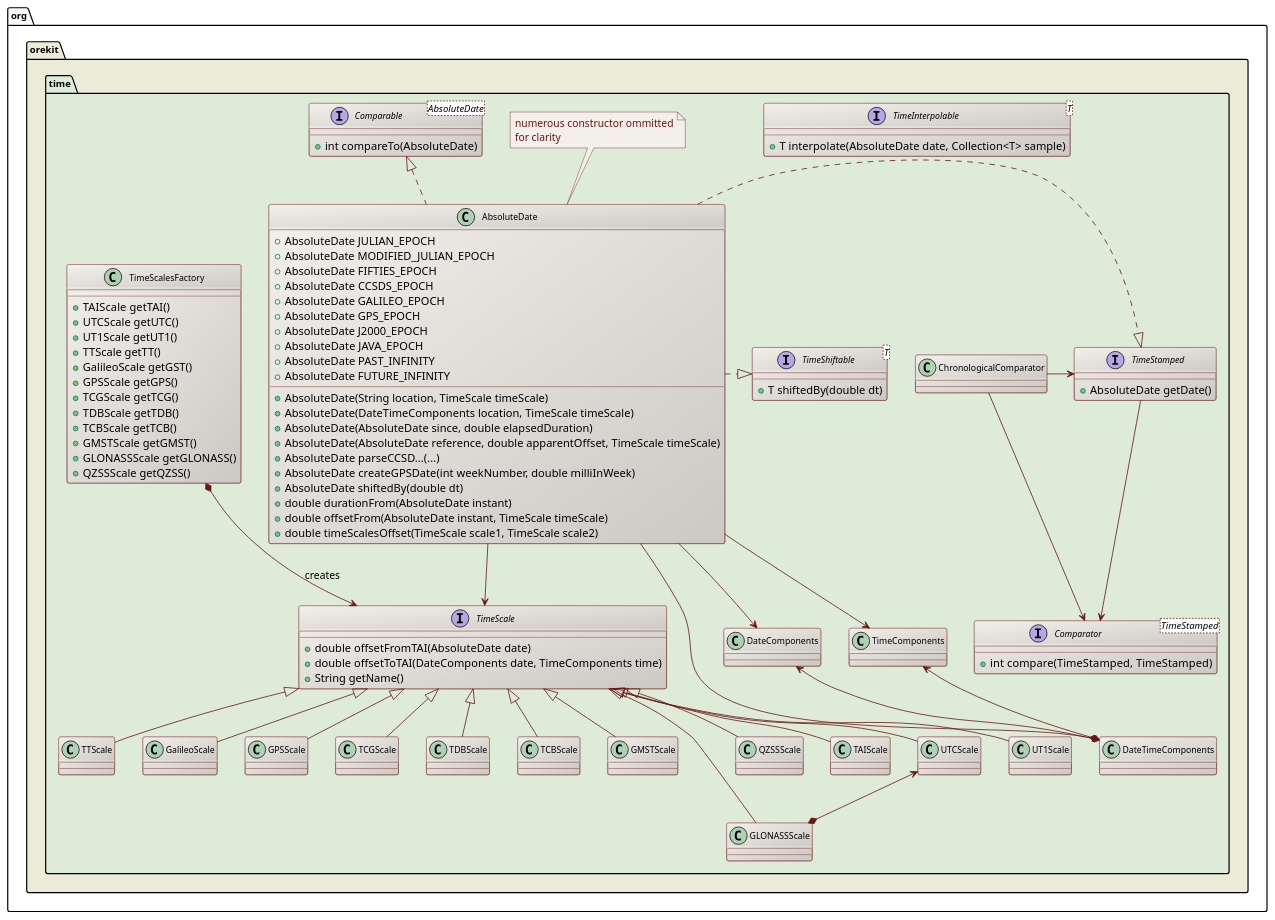
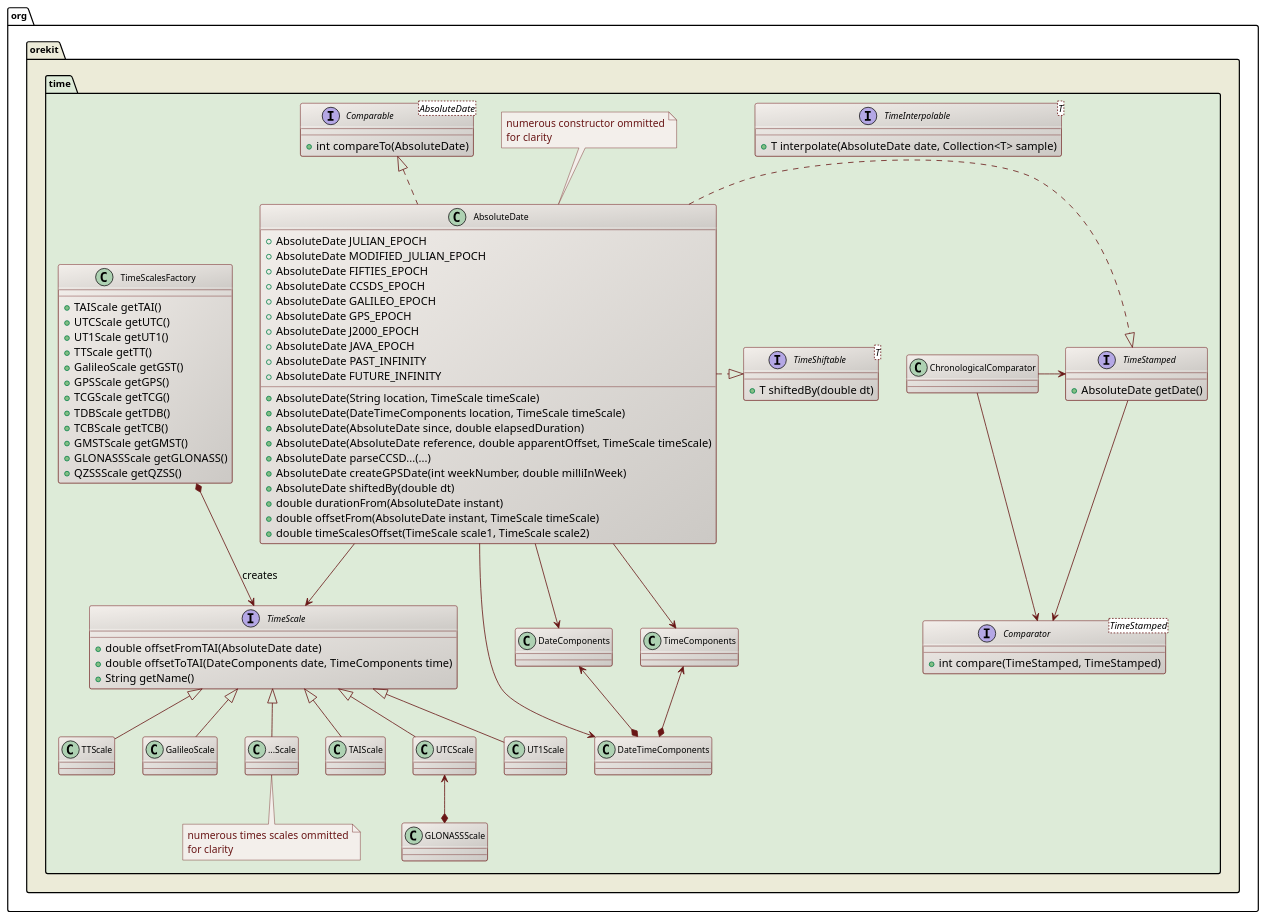
One commit to CS-SI/Orekit changed the diagram in src/design/time-class-diagram.puml. Above: the diagram before and after it, drawn with PlantUML. The commit also changed 7 other files, not shown here.

Commit message:
Updated UML diagrams with latest version.

```diff
--- a/src/design/time-class-diagram.puml
+++ b/src/design/time-class-diagram.puml
@@ -17,133 +17,125 @@
 @startuml
 
   skinparam svek                  true
   skinparam ClassBackgroundColor  #F3EFEB/CCC9C5
   skinparam ClassArrowColor       #691616
   skinparam ClassBorderColor      #691616
   skinparam NoteBackgroundColor   #F3EFEB
   skinparam NoteBorderColor       #691616
   skinparam NoteFontColor         #691616
   skinparam ClassFontSize         11
   skinparam PackageFontSize       12
 
   package org.orekit #ECEBD8 {
   package time #DDEBD8 {
 
     interface TimeStamped {
       +AbsoluteDate getDate()
     }
 
     interface "TimeShiftable<T>" as TimeShiftable_T_ {
       +T shiftedBy(double dt)
     }
 
     interface "TimeInterpolable<T>" as TimeInterpolable_T_ {
       +T interpolate(AbsoluteDate date, Collection<T> sample)
     }
 
     class AbsoluteDate {
       +AbsoluteDate JULIAN_EPOCH
       +AbsoluteDate MODIFIED_JULIAN_EPOCH
       +AbsoluteDate FIFTIES_EPOCH
       +AbsoluteDate CCSDS_EPOCH
       +AbsoluteDate GALILEO_EPOCH
       +AbsoluteDate GPS_EPOCH
       +AbsoluteDate J2000_EPOCH
       +AbsoluteDate JAVA_EPOCH
       +AbsoluteDate PAST_INFINITY
       +AbsoluteDate FUTURE_INFINITY
       +AbsoluteDate(String location, TimeScale timeScale)
       +AbsoluteDate(DateTimeComponents location, TimeScale timeScale)
       +AbsoluteDate(AbsoluteDate since, double elapsedDuration)
       +AbsoluteDate(AbsoluteDate reference, double apparentOffset, TimeScale timeScale)
       +AbsoluteDate parseCCSD...(...)
       +AbsoluteDate createGPSDate(int weekNumber, double milliInWeek)
       +AbsoluteDate shiftedBy(double dt)
       +double durationFrom(AbsoluteDate instant)
       +double offsetFrom(AbsoluteDate instant, TimeScale timeScale)
       +double timeScalesOffset(TimeScale scale1, TimeScale scale2)
     }
     note top
       numerous constructor ommitted
       for clarity
     end note
 
     interface "Comparable<AbsoluteDate>" as Comparable_AbsoluteDate_ {
       +int compareTo(AbsoluteDate)
     }
 
     interface "Comparator<TimeStamped>" as Comparator_TimeStamped_ {
       +int  compare(TimeStamped, TimeStamped)
     }
 
     class DateTimeComponents
     class DateComponents
     class TimeComponents
 
     interface TimeScale {
       +double offsetFromTAI(AbsoluteDate date)
       +double offsetToTAI(DateComponents date, TimeComponents time)
       +String getName()
     }
 
     class TimeScalesFactory {
       +TAIScale getTAI()
       +UTCScale getUTC()
       +UT1Scale getUT1()
       +TTScale getTT()
       +GalileoScale getGST()
       +GPSScale getGPS()
       +TCGScale getTCG()
       +TDBScale getTDB()
       +TCBScale getTCB()
       +GMSTScale getGMST()
       +GLONASSScale getGLONASS()
       +QZSSScale getQZSS()
     }
 
     class TAIScale
     class UTCScale
     class UT1Scale
     class TTScale
     class GalileoScale
-    class GPSScale
-    class TCGScale
-    class TDBScale
-    class TCBScale
-    class GMSTScale
-    class GLONASSScale
-    class QZSSScale
+    class "...Scale" as DummyScale
+    note bottom
+      numerous times scales ommitted
+      for clarity
+    end note
 
     TimeStamped               <|.left. AbsoluteDate
     TimeShiftable_T_          <|.left. AbsoluteDate
     TimeScalesFactory         *-down-> TimeScale : creates
     Comparable_AbsoluteDate_  <|..     AbsoluteDate
     Comparator_TimeStamped_   <-up-    ChronologicalComparator
     ChronologicalComparator   -right-> TimeStamped
     Comparator_TimeStamped_   <-up-    TimeStamped
 
     DateComponents            <--*     DateTimeComponents
     TimeComponents            <--*     DateTimeComponents
     AbsoluteDate              -down->  DateTimeComponents
     AbsoluteDate              -down->  DateComponents
     AbsoluteDate              -down->  TimeComponents
     AbsoluteDate              -down->  TimeScale
 
     TimeScale  <|-- TAIScale
     TimeScale  <|-- UTCScale
     TimeScale  <|-- UT1Scale
     TimeScale  <|-- TTScale
     TimeScale  <|-- GalileoScale
-    TimeScale  <|-- GPSScale
-    TimeScale  <|-- TCGScale
-    TimeScale  <|-- TDBScale
-    TimeScale  <|-- TCBScale
-    TimeScale  <|-- GMSTScale
-    TimeScale  <|-- GLONASSScale
-    TimeScale  <|-- QZSSScale
+    TimeScale  <|-- DummyScale
 
     UTCScale <--* GLONASSScale
 
   }
   }
 @enduml
```
